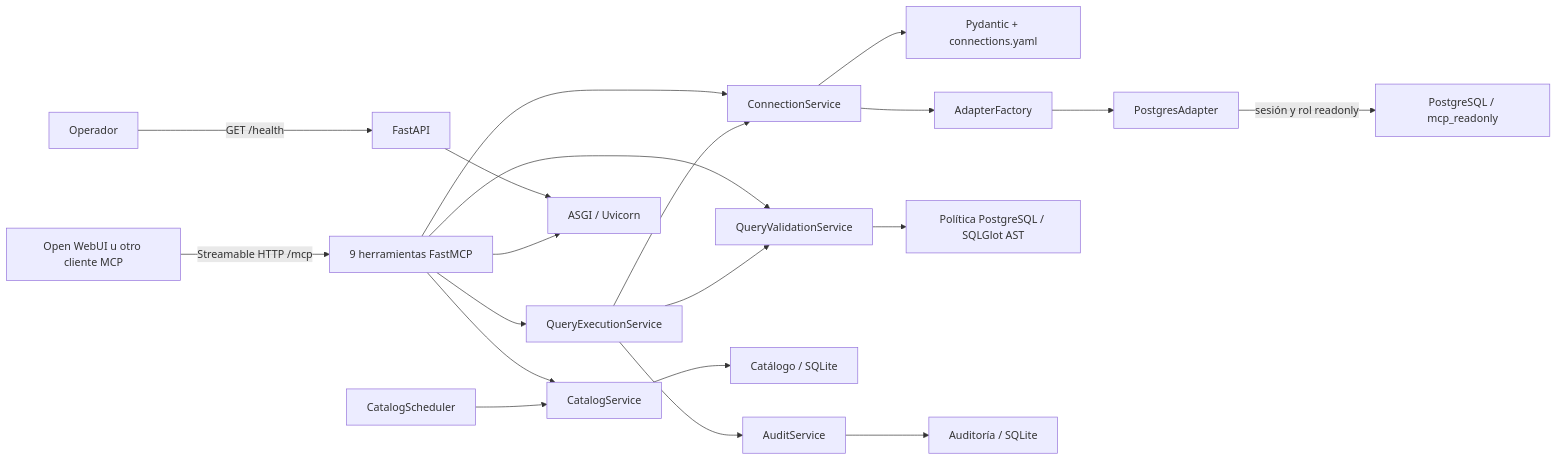
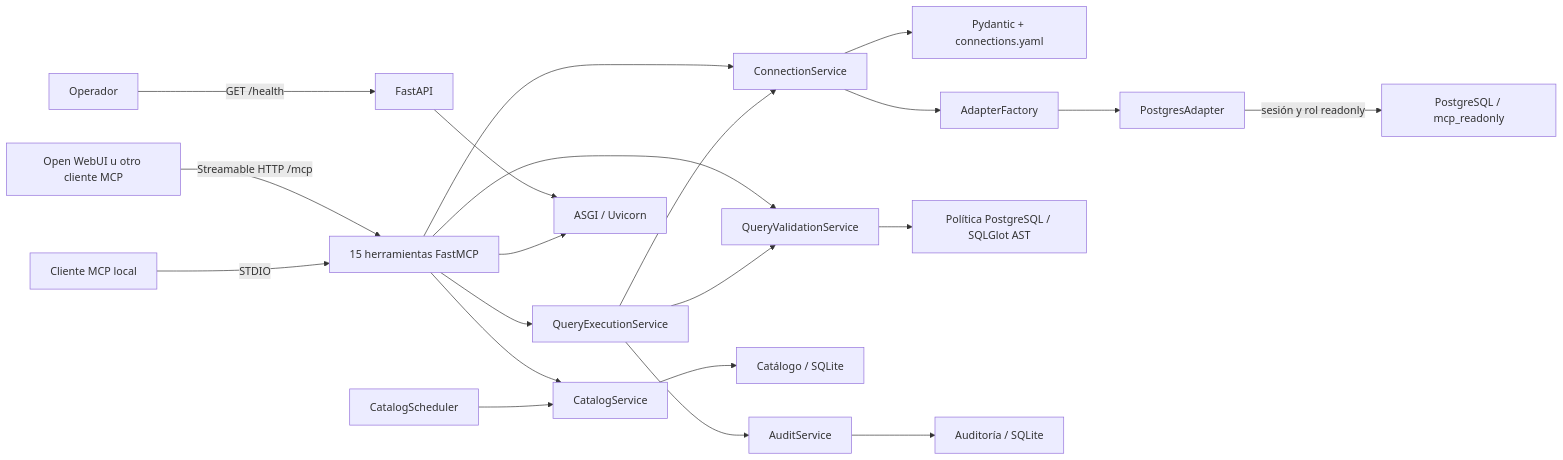
The first of 2 diagrams in docs/architecture.md (1franky/data-analits-MCP), drawn with Mermaid before and after one commit. The commit also changed other lines of this file and 39 other files, not shown here.

````diff
--- a/docs/architecture.md
+++ b/docs/architecture.md
@@ -22,22 +25,23 @@
 ```mermaid
 flowchart LR
-    Client["Open WebUI u otro cliente MCP"] -->|"Streamable HTTP /mcp"| Tools["9 herramientas FastMCP"]
+    NetworkClient["Open WebUI u otro cliente MCP"] -->|"Streamable HTTP /mcp"| Tools["15 herramientas FastMCP"]
+    LocalClient["Cliente MCP local"] -->|"STDIO"| Tools
     Operator["Operador"] -->|"GET /health"| API["FastAPI"]
     Tools --> CS["ConnectionService"]
     Tools --> Cat["CatalogService"]
     Tools --> Validator["QueryValidationService"]
     Tools --> Executor["QueryExecutionService"]
     Executor --> Validator
     Executor --> CS
     CS --> Config["Pydantic + connections.yaml"]
     CS --> Factory["AdapterFactory"]
     Factory --> PG["PostgresAdapter"]
     PG -->|"sesión y rol readonly"| DB["PostgreSQL / mcp_readonly"]
     Cat --> CatalogDB["Catálogo / SQLite"]
     Executor --> Audit["AuditService"]
     Validator --> Policy["Política PostgreSQL / SQLGlot AST"]
     Audit --> AuditDB["Auditoría / SQLite"]
     Scheduler["CatalogScheduler"] --> Cat
     API --> ASGI["ASGI / Uvicorn"]
     Tools --> ASGI
 ```
````
